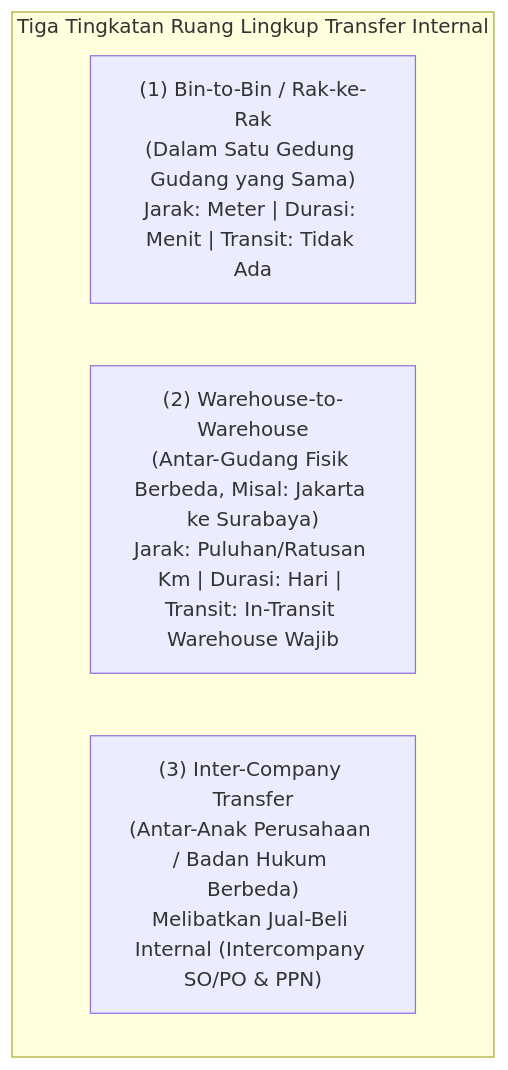
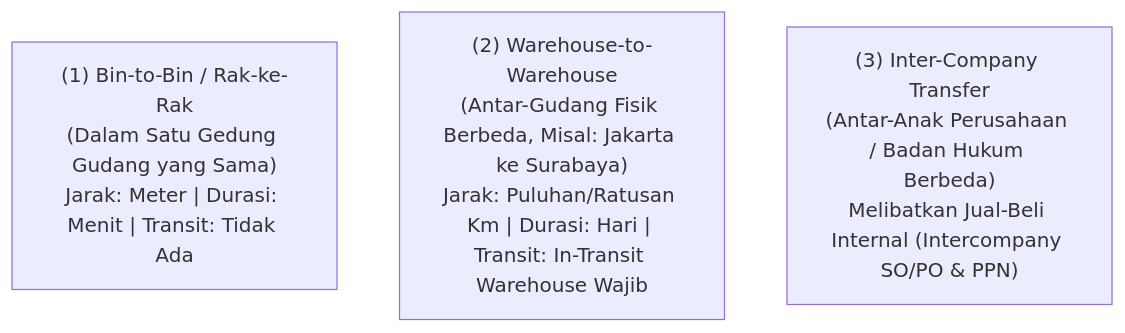
The first of 3 diagrams in content/05-inventory/internal-stock-transfer.md (alimurrofid/erp-notes), drawn with Mermaid before and after one commit. The commit also changed 58 other files, not shown here.

Commit message:
fix(content):Mermaid Subgraph

````diff
--- a/content/05-inventory/internal-stock-transfer.md
+++ b/content/05-inventory/internal-stock-transfer.md
@@ -25,8 +25,6 @@
 ```mermaid
 flowchart TD
-    subgraph Scopes["Tiga Tingkatan Ruang Lingkup Transfer Internal"]
         Bin2Bin["(1) Bin-to-Bin / Rak-ke-Rak<br/>(Dalam Satu Gedung Gudang yang Sama)<br/>Jarak: Meter | Durasi: Menit | Transit: Tidak Ada"]
         WH2WH["(2) Warehouse-to-Warehouse<br/>(Antar-Gudang Fisik Berbeda, Misal: Jakarta ke Surabaya)<br/>Jarak: Puluhan/Ratusan Km | Durasi: Hari | Transit: In-Transit Warehouse Wajib"]
         InterCo["(3) Inter-Company Transfer<br/>(Antar-Anak Perusahaan / Badan Hukum Berbeda)<br/>Melibatkan Jual-Beli Internal (Intercompany SO/PO & PPN)"]
-    end
 ```
````
